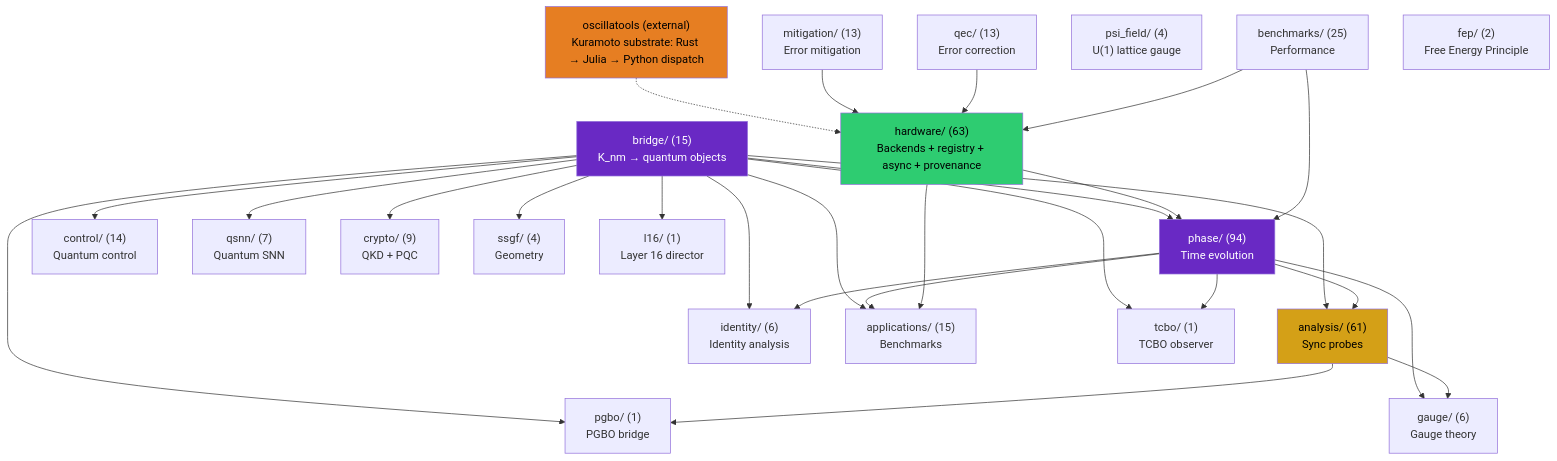
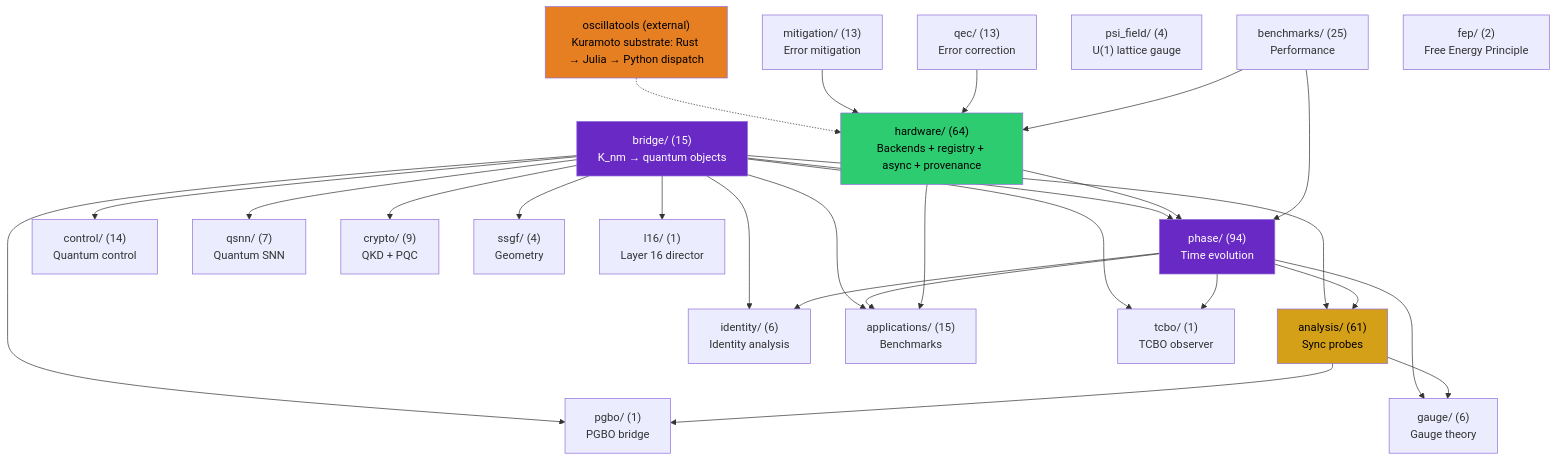
One commit to anulum/scpn-quantum-control changed the first of 4 diagrams in docs/architecture.md. Above: the diagram before and after it, drawn with Mermaid.

Commit message:
fix(docs): bump architecture-map hardware module count 63->64
The result-pack emission bridge (35b61742) added one module to the
hardware package, which trips a second drift gate beyond the capability
manifest: the architecture.md mermaid node count. Update the hardware node
to 64 so test_architecture_mermaid_node_counts_match_the_filesystem holds.

Adding or removing a module under src/scpn_quantum_control/<pkg>/ now has
TWO artefacts to refresh in the same change: the capability manifest
(tools/capability_manifest.py) and the architecture.md package-count node.

Authored by Anulum Fortis & Arcane Sapience (protoscience@anulum.li)
Seat: 7f6b

````diff
--- a/docs/architecture.md
+++ b/docs/architecture.md
@@ -88,55 +88,55 @@
 ```mermaid
 graph TD
     bridge["bridge/ (15)\nK_nm → quantum objects"]
     phase["phase/ (94)\nTime evolution"]
     analysis["analysis/ (61)\nSync probes"]
     control["control/ (14)\nQuantum control"]
     qsnn["qsnn/ (7)\nQuantum SNN"]
     identity["identity/ (6)\nIdentity analysis"]
-    hardware["hardware/ (63)\nBackends + registry + async + provenance"]
+    hardware["hardware/ (64)\nBackends + registry + async + provenance"]
     mitigation["mitigation/ (13)\nError mitigation"]
     qec["qec/ (13)\nError correction"]
     gauge["gauge/ (6)\nGauge theory"]
     apps["applications/ (15)\nBenchmarks"]
     crypto["crypto/ (9)\nQKD + PQC"]
     benchmarks["benchmarks/ (25)\nPerformance"]
     ssgf["ssgf/ (4)\nGeometry"]
     psi_field["psi_field/ (4)\nU(1) lattice gauge"]
     oscillatools["oscillatools (external)\nKuramoto substrate: Rust → Julia → Python dispatch"]
     fep["fep/ (2)\nFree Energy Principle"]
     tcbo["tcbo/ (1)\nTCBO observer"]
     pgbo["pgbo/ (1)\nPGBO bridge"]
     l16["l16/ (1)\nLayer 16 director"]
 
     bridge --> phase
     bridge --> analysis
     bridge --> control
     bridge --> qsnn
     bridge --> identity
     bridge --> apps
     bridge --> crypto
     bridge --> ssgf
     phase --> analysis
     phase --> identity
     phase --> apps
     phase --> gauge
     analysis --> gauge
     hardware --> phase
     hardware --> apps
     oscillatools -.-> hardware
     mitigation --> hardware
     qec --> hardware
     benchmarks --> phase
     benchmarks --> hardware
     bridge --> tcbo
     bridge --> pgbo
     bridge --> l16
     phase --> tcbo
     analysis --> pgbo
 
     style bridge fill:#6929C4,color:#fff
     style analysis fill:#d4a017,color:#000
     style phase fill:#6929C4,color:#fff
     style hardware fill:#2ecc71,color:#000
     style oscillatools fill:#e67e22,color:#000
 ```
````
